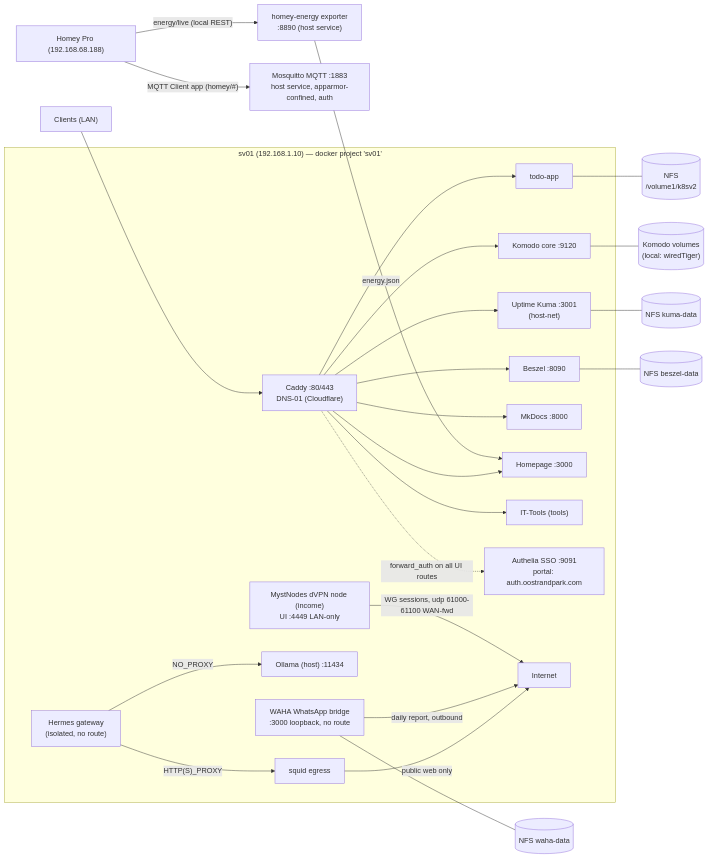
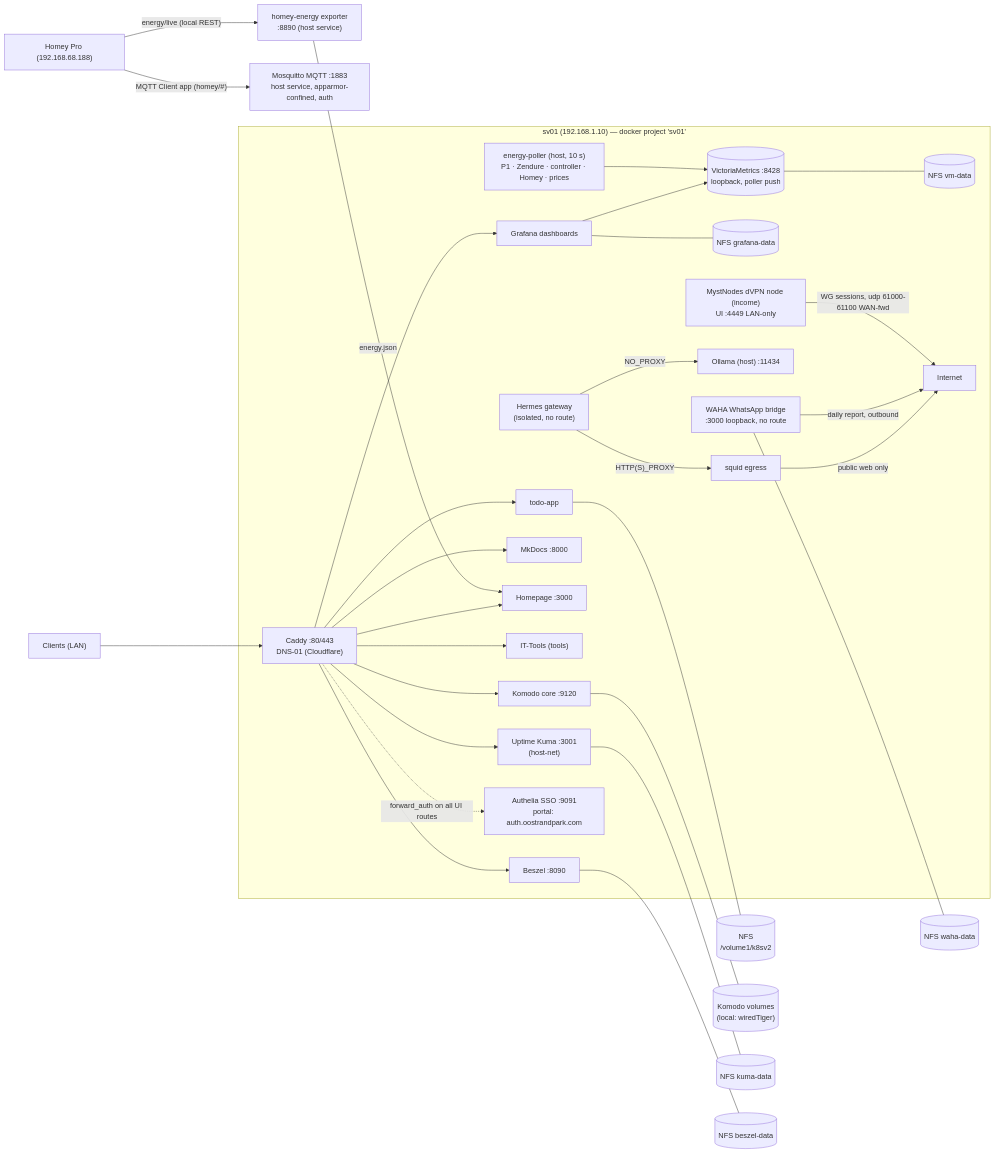
Before and after one commit to RKruit/k3s-gitops: the diagram in docs/index.md, drawn with Mermaid. The commit also changed other lines of this file and 17 other files, not shown here.

Commit message:
grafana + victoria-metrics: energy dashboards (10s poller over P1/Zendure/Homey/prices, 2 provisioned dashboards, Authelia route, docs + kuma rule)

````diff
--- a/docs/index.md
+++ b/docs/index.md
@@ -30,28 +30,33 @@
 ```mermaid
 flowchart LR
     user["Clients (LAN)"] --> caddy
     subgraph sv01["sv01 (192.168.1.10) — docker project 'sv01'"]
         caddy["Caddy :80/443<br>DNS-01 (Cloudflare)"] --> todo["todo-app"]
         caddy --> komodo["Komodo core :9120"]
         caddy --> kuma["Uptime Kuma :3001<br>(host-net)"]
         caddy --> beszel["Beszel :8090"]
         caddy --> docs_site["MkDocs :8000"]
         caddy --> homepage["Homepage :3000"]
         caddy --> ittools["IT-Tools (tools)"]
+        caddy --> grafana["Grafana dashboards"]
+        grafana --> vm[("VictoriaMetrics :8428<br>loopback, poller push")]
+        poller["energy-poller (host, 10 s)<br>P1 · Zendure · controller · Homey · prices"] --> vm
+        vm --- v6[("NFS vm-data")]
+        grafana --- v7[("NFS grafana-data")]
         caddy -. "forward_auth on all UI routes" .-> authelia["Authelia SSO :9091<br>portal: auth.oostrandpark.com"]
         hermes["Hermes gateway<br>(isolated, no route)"] -- "HTTP(S)_PROXY" --> squid["squid egress"]
         squid -- "public web only" --> net["Internet"]
         hermes -- "NO_PROXY" --> ollama["Ollama (host) :11434"]
         waha["WAHA WhatsApp bridge<br>:3000 loopback, no route"] -- "daily report, outbound" --> net
         myst["MystNodes dVPN node (income)<br>UI :4449 LAN-only"] -- "WG sessions, udp 61000-61100 WAN-fwd" --> net
     end
     mosq["Mosquitto MQTT :1883<br>host service, apparmor-confined, auth"]
     homey["Homey Pro (192.168.68.188)"] -- "MQTT Client app (homey/#)" --> mosq
     homey -- "energy/live (local REST)" --> exp["homey-energy exporter<br>:8890 (host service)"]
     exp -- "energy.json" --> homepage
     todo --- v1[("NFS<br>/volume1/k8sv2")]
     komodo --- v2[("Komodo volumes<br>(local: wiredTiger)")]
     kuma --- v3[("NFS kuma-data")]
     beszel --- v4[("NFS beszel-data")]
     waha --- v5[("NFS waha-data")]
 ```
````
